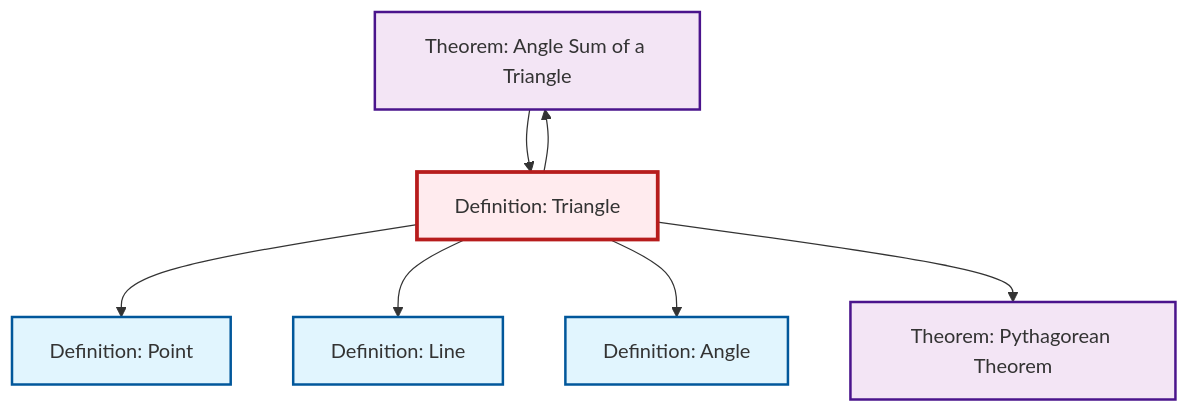
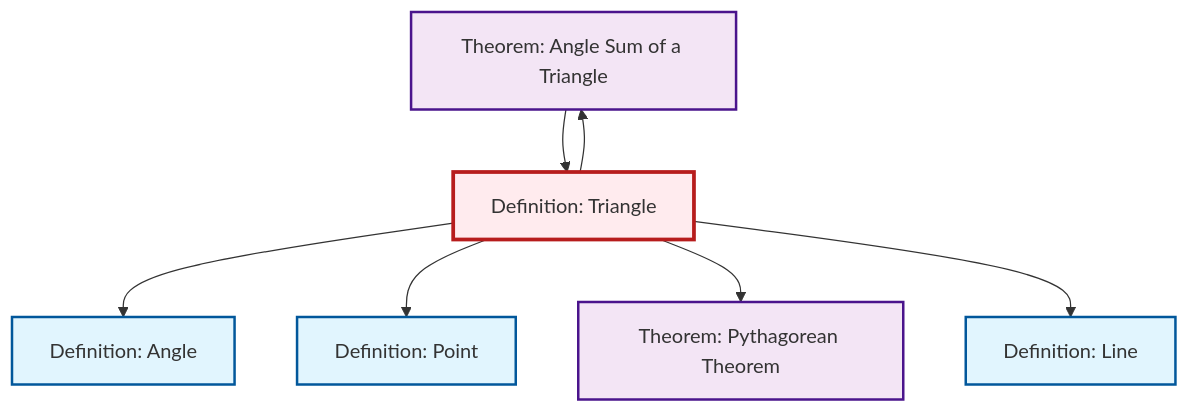
Before and after one commit to RK0429/ModernMath: the diagram in output/mermaid/def-triangle.mermaid, drawn with Mermaid. The commit also changed other lines of this file and 1112 other files, not shown here.

````diff
--- a/output/mermaid/def-triangle.mermaid
+++ b/output/mermaid/def-triangle.mermaid
@@ -1,22 +1,22 @@
 ```{mermaid}
 %%| fig-cap: "Local dependency graph"
 graph TD
     classDef definition fill:#e1f5fe,stroke:#01579b,stroke-width:2px
     classDef theorem fill:#f3e5f5,stroke:#4a148c,stroke-width:2px
     classDef axiom fill:#fff3e0,stroke:#e65100,stroke-width:2px
     classDef example fill:#e8f5e9,stroke:#1b5e20,stroke-width:2px
     classDef current fill:#ffebee,stroke:#b71c1c,stroke-width:3px
+    thm-angle-sum-triangle["Theorem: Angle Sum of a Triangle"]:::theorem
+    def-triangle["Definition: Triangle"]:::definition
+    thm-pythagorean["Theorem: Pythagorean Theorem"]:::theorem
+    def-angle["Definition: Angle"]:::definition
+    def-line["Definition: Line"]:::definition
     def-point["Definition: Point"]:::definition
-    thm-angle-sum-triangle["Theorem: Angle Sum of a Triangle"]:::theorem
-    def-line["Definition: Line"]:::definition
-    thm-pythagorean["Theorem: Pythagorean Theorem"]:::theorem
-    def-triangle["Definition: Triangle"]:::definition
-    def-angle["Definition: Angle"]:::definition
+    def-triangle --> def-angle
+    thm-angle-sum-triangle --> def-triangle
     def-triangle --> def-point
+    def-triangle --> thm-pythagorean
     def-triangle --> def-line
     def-triangle --> thm-angle-sum-triangle
-    def-triangle --> def-angle
-    def-triangle --> thm-pythagorean
-    thm-angle-sum-triangle --> def-triangle
     class def-triangle current
 ```
````
